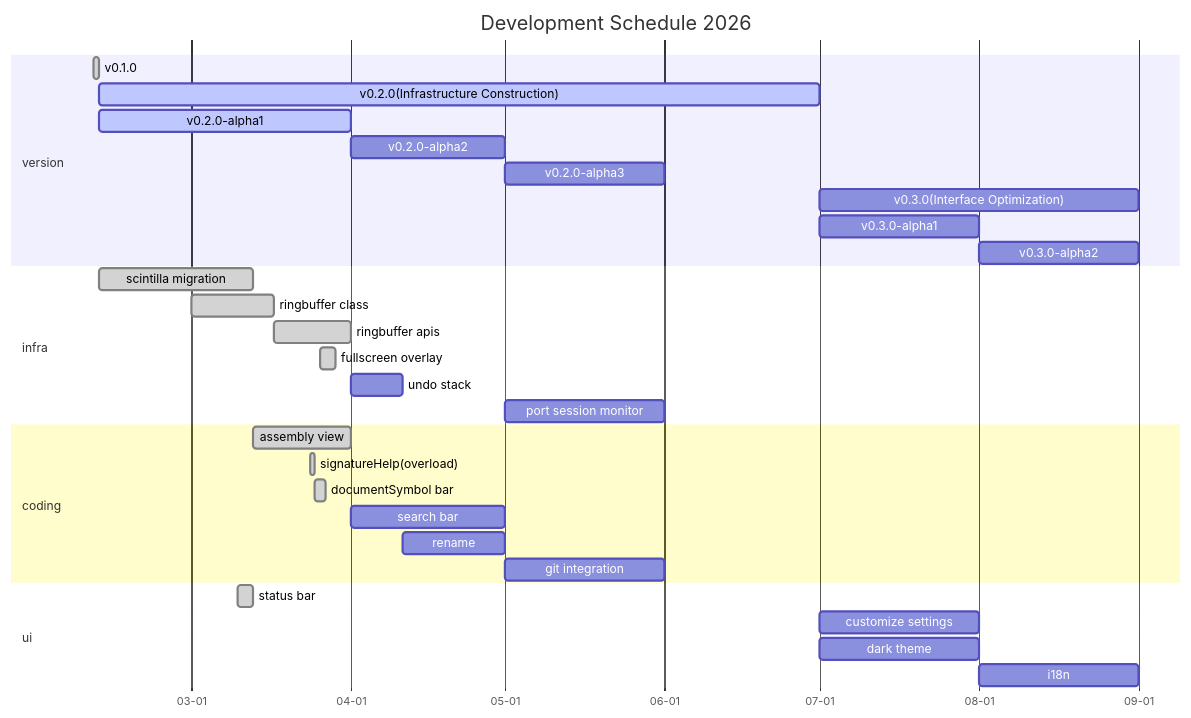
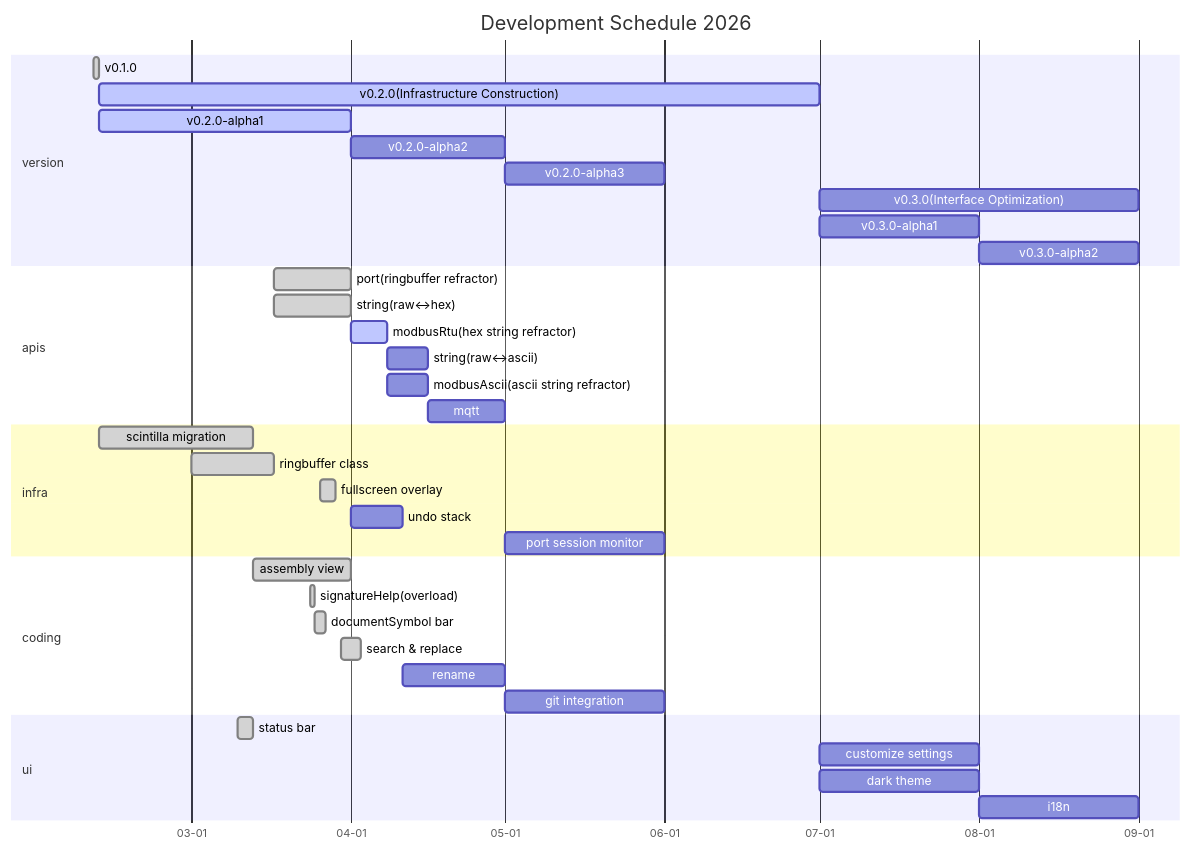
Before and after one commit to zyt20001205/UniComm2: the second of 3 diagrams in README.md, drawn with Mermaid. The commit also changed 40 other files, not shown here.

````diff
--- a/README.md
+++ b/README.md
@@ -79,39 +79,46 @@
 ```mermaid
 gantt
     title Development Schedule 2026
     dateFormat MM-DD
     axisFormat %m-%d
     tickInterval 1month
 
     section version
         v0.1.0: done, 02-10, 1d
         v0.2.0(Infrastructure Construction): active, 02-11, 140d
         v0.2.0-alpha1: active, 02-11, 49d
         v0.2.0-alpha2: 04-01, 30d
         v0.2.0-alpha3: 05-01, 31d
         v0.3.0(Interface Optimization): 07-01, 62d
         v0.3.0-alpha1: 07-01, 31d
         v0.3.0-alpha2: 08-01, 31d
 
+    section apis
+        port(ringbuffer refractor): done, 03-17, 15d
+        string(raw<->hex): done, 03-17, 15d
+        modbusRtu(hex string refractor): active, 04-01, 7d
+        string(raw<->ascii): 04-08, 8d
+        modbusAscii(ascii string refractor): 04-08, 8d
+        mqtt: 04-16, 15d
+        
     section infra
         scintilla migration: done, 02-11, 30d
         ringbuffer class: done, 03-01, 16d
-        ringbuffer apis: done, 03-17, 15d
         fullscreen overlay: done, 03-26, 3d
         undo stack: 04-01, 10d
         port session monitor: 05-01, 31d
 
     section coding
         assembly view: done, 03-13, 19d
         signatureHelp(overload): done, 03-24, 1d
         documentSymbol bar: done, 03-25, 2d
-        search bar: 04-01, 30d
+        search & replace: done, 03-30, 4d
         rename: 04-11, 20d
         git integration: 05-01, 31d
 
     section ui
         status bar: done, 03-10, 3d
         customize settings: 07-01, 31d
         dark theme: 07-01, 31d
         i18n: 08-01, 31d
 ```
````
